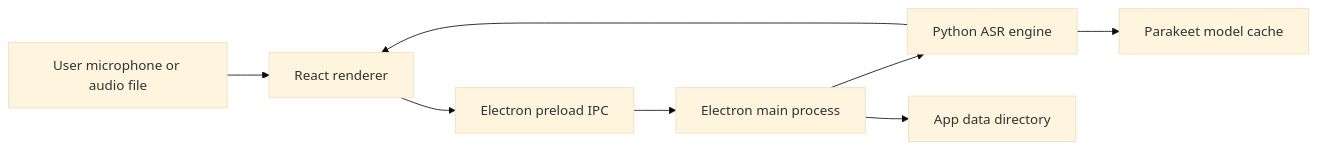
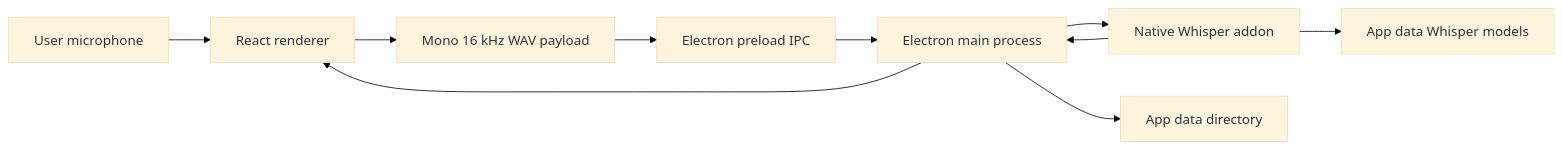
One commit to surajmandalcell/asrpro changed the diagram in README.md. Above: the diagram before and after it, drawn with Mermaid (base theme). The commit also changed other lines of this file and 66 other files, not shown here.

Commit message:
ASRPro: migrate to native Whisper

````diff
--- a/README.md
+++ b/README.md
@@ -52,10 +52,12 @@
 ```mermaid
 flowchart LR
-  User["User microphone or audio file"] --> Renderer["React renderer"]
-  Renderer --> IPC["Electron preload IPC"]
+  User["User microphone"] --> Renderer["React renderer"]
+  Renderer --> WAV["Mono 16 kHz WAV payload"]
+  WAV --> IPC["Electron preload IPC"]
   IPC --> Main["Electron main process"]
-  Main --> Engine["Python ASR engine"]
-  Engine --> Models["Parakeet model cache"]
-  Engine --> Renderer
+  Main --> Engine["Native Whisper addon"]
+  Engine --> Models["App data Whisper models"]
+  Engine --> Main
+  Main --> Renderer
   Main --> Data["App data directory"]
 ```
````
